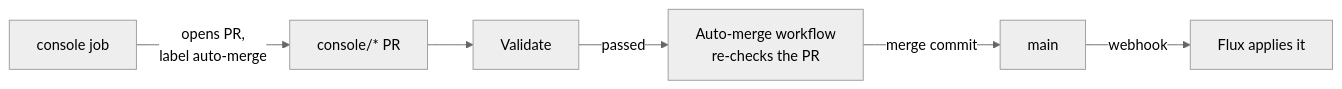
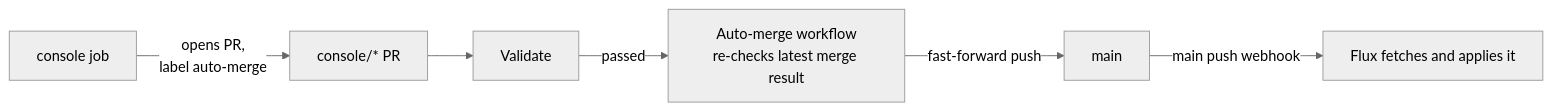
Before and after one commit to samclement/swhurl-platform: the diagram in docs/console.md, drawn with Mermaid (neutral theme). The commit also changed other lines of this file and 1 other file, not shown here.

Commit message:
docs: explain app creation and promotion flows

````diff
--- a/docs/console.md
+++ b/docs/console.md
@@ -49,7 +49,7 @@
 ```mermaid
 flowchart LR
   console["console job"] -->|"opens PR,<br/>label auto-merge"| pr["console/* PR"]
   pr --> validate["Validate"]
-  validate -->|"passed"| wf["Auto-merge workflow<br/>re-checks the PR"]
-  wf -->|"merge commit"| main["main"] -->|"webhook"| flux["Flux applies it"]
+  validate -->|"passed"| wf["Auto-merge workflow<br/>re-checks latest merge result"]
+  wf -->|"fast-forward push"| main["main"] -->|"main push webhook"| flux["Flux fetches and applies it"]
 ```
````
